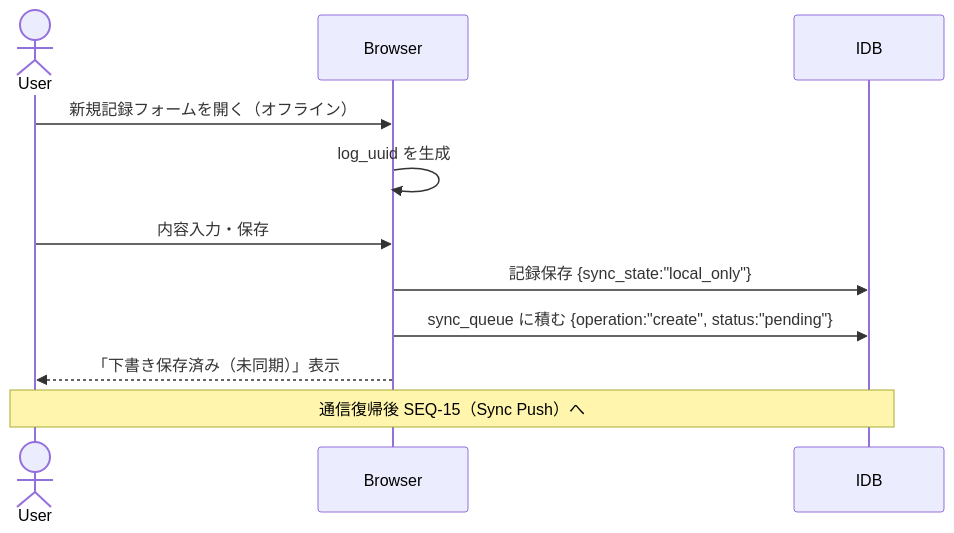
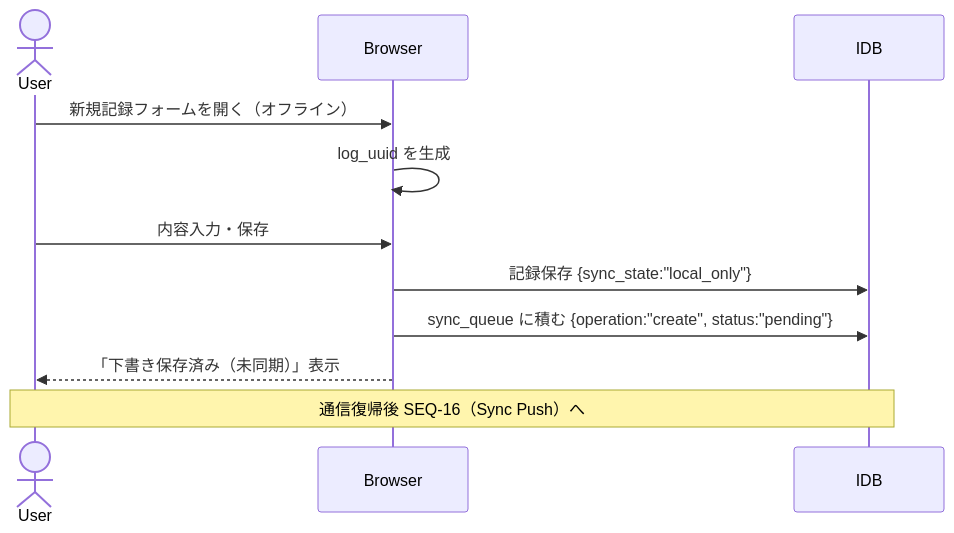
One commit to garyohosu/worklog-pwa changed the eighth of 24 diagrams in SEQUENCE.md. Above: the diagram before and after it, drawn with Mermaid. The commit also changed other lines of this file and 2 other files, not shown here.

Commit message:
docs: align sequence flows with sync rules

````diff
--- a/SEQUENCE.md
+++ b/SEQUENCE.md
@@ -200,14 +203,14 @@
 ```mermaid
 sequenceDiagram
   actor User
   participant Browser
   participant IDB
 
   User->>Browser: 新規記録フォームを開く（オフライン）
   Browser->>Browser: log_uuid を生成
   User->>Browser: 内容入力・保存
   Browser->>IDB: 記録保存 {sync_state:"local_only"}
   Browser->>IDB: sync_queue に積む {operation:"create", status:"pending"}
   Browser-->>User: 「下書き保存済み（未同期）」表示
-  Note over User,IDB: 通信復帰後 SEQ-15（Sync Push）へ
+  Note over User,IDB: 通信復帰後 SEQ-16（Sync Push）へ
 ```
````
